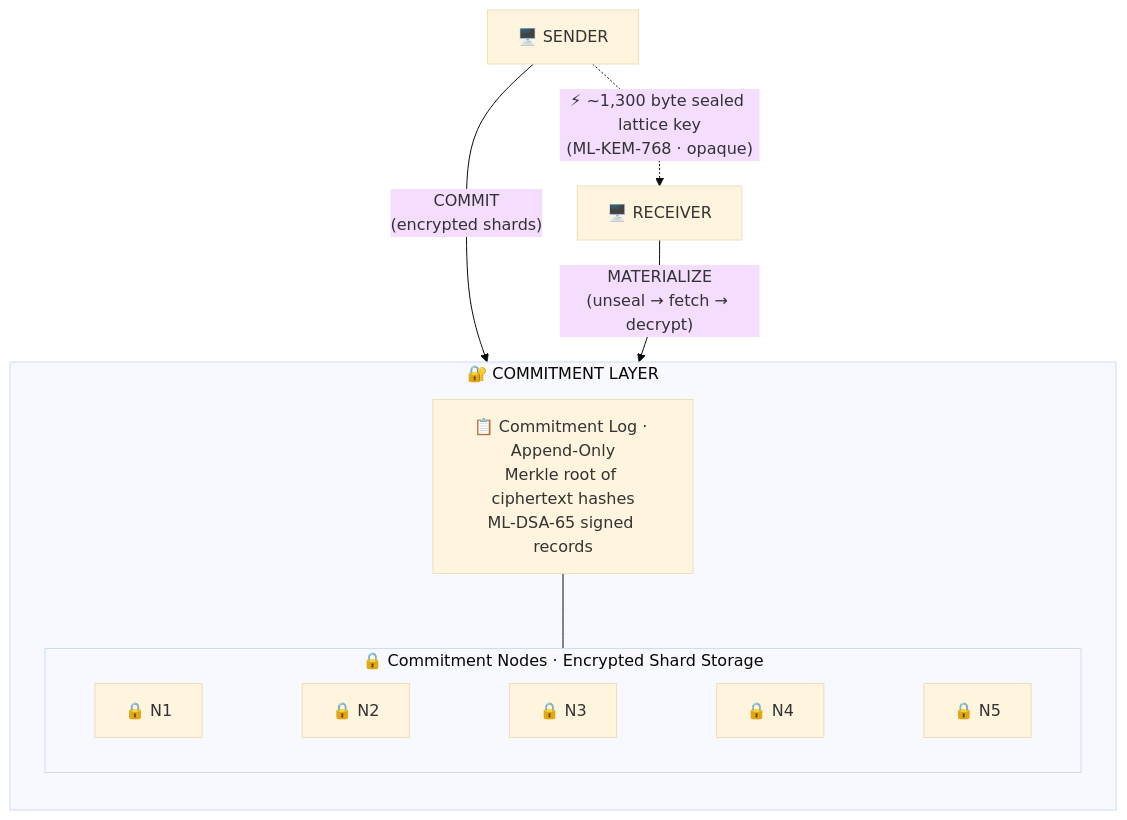
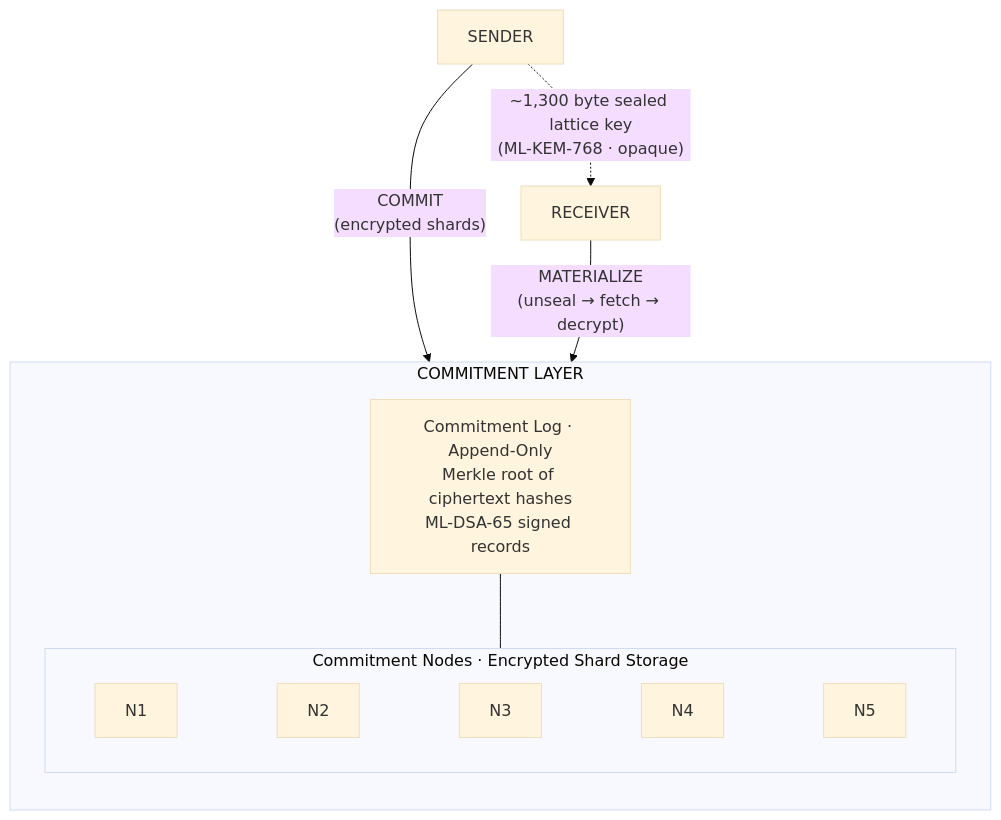
One commit to Jacob-Strokus/Entanglement-Transfer-Protocol changed the first of 4 diagrams in README.md. Above: the diagram before and after it, drawn with Mermaid (base theme). The commit also changed other lines of this file, not shown here.

Commit message:
add protocol layer diagram

````diff
--- a/README.md
+++ b/README.md
@@ -46,19 +46,19 @@
 ```mermaid
 flowchart TB
-    S["🖥️ SENDER"] -. "⚡ ~1,300 byte sealed lattice key\n(ML-KEM-768 · opaque)" .-> R["🖥️ RECEIVER"]
+    S["SENDER"] -. "~1,300 byte sealed lattice key\n(ML-KEM-768 · opaque)" .-> R["RECEIVER"]
 
     S -->|"COMMIT\n(encrypted shards)"| CL
     R -->|"MATERIALIZE\n(unseal → fetch → decrypt)"| CL
 
-    subgraph CL["🔐 COMMITMENT LAYER"]
+    subgraph CL["COMMITMENT LAYER"]
         direction TB
-        LOG["📋 Commitment Log · Append-Only\nMerkle root of ciphertext hashes\nML-DSA-65 signed records"]
+        LOG["Commitment Log · Append-Only\nMerkle root of ciphertext hashes\nML-DSA-65 signed records"]
 
-        subgraph NODES["🔒 Commitment Nodes · Encrypted Shard Storage"]
+        subgraph NODES["Commitment Nodes · Encrypted Shard Storage"]
             direction LR
-            N1["🔒 N1"] ~~~ N2["🔒 N2"] ~~~ N3["🔒 N3"] ~~~ N4["🔒 N4"] ~~~ N5["🔒 N5"]
+            N1["N1"] ~~~ N2["N2"] ~~~ N3["N3"] ~~~ N4["N4"] ~~~ N5["N5"]
         end
 
         LOG --- NODES
     end
 ```
````
